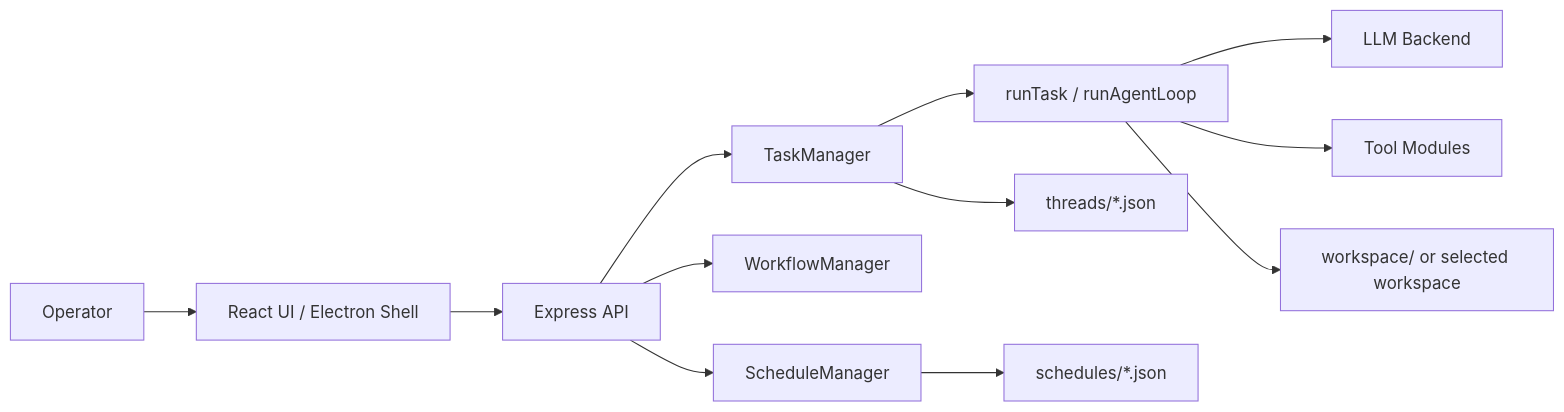
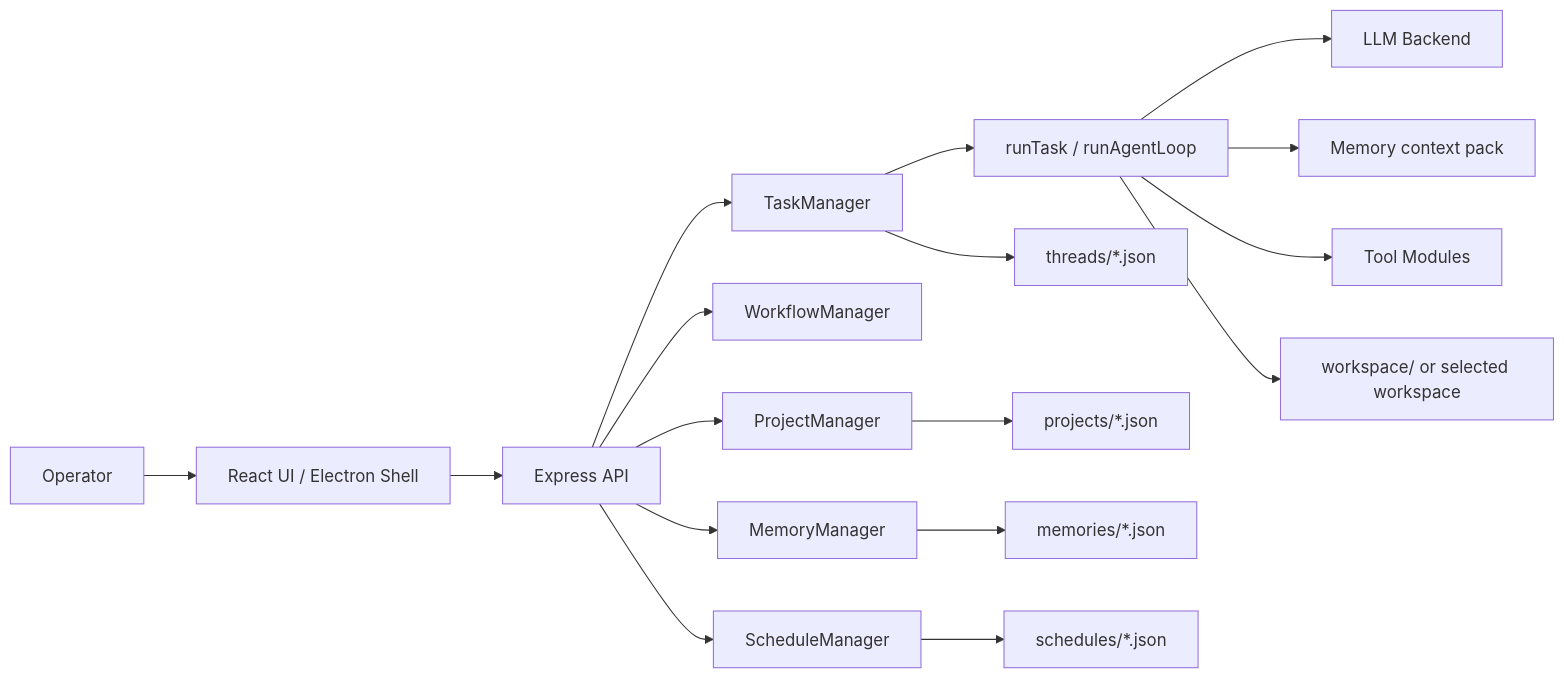
One commit to PaulMDemers/Ender changed the diagram in docs/architecture/overview.md. Above: the diagram before and after it, drawn with Mermaid. The commit also changed other lines of this file and 25 other files, not shown here.

Commit message:
Added memory support and "project" object type for remembering project specific details.

````diff
--- a/docs/architecture/overview.md
+++ b/docs/architecture/overview.md
@@ -11,14 +11,19 @@
 ```mermaid
 flowchart LR
     User["Operator"] --> UI["React UI / Electron Shell"]
     UI --> API["Express API"]
     API --> TM["TaskManager"]
     API --> WM["WorkflowManager"]
     API --> SM["ScheduleManager"]
+    API --> PM["ProjectManager"]
+    API --> MM["MemoryManager"]
     TM --> Loop["runTask / runAgentLoop"]
     Loop --> LLM["LLM Backend"]
+    Loop --> Memories["Memory context pack"]
     Loop --> Tools["Tool Modules"]
     TM --> Threads["threads/*.json"]
+    PM --> Projects["projects/*.json"]
+    MM --> MemoryFiles["memories/*.json"]
     SM --> Schedules["schedules/*.json"]
     Loop --> Workspace["workspace/ or selected workspace"]
 ```
````
